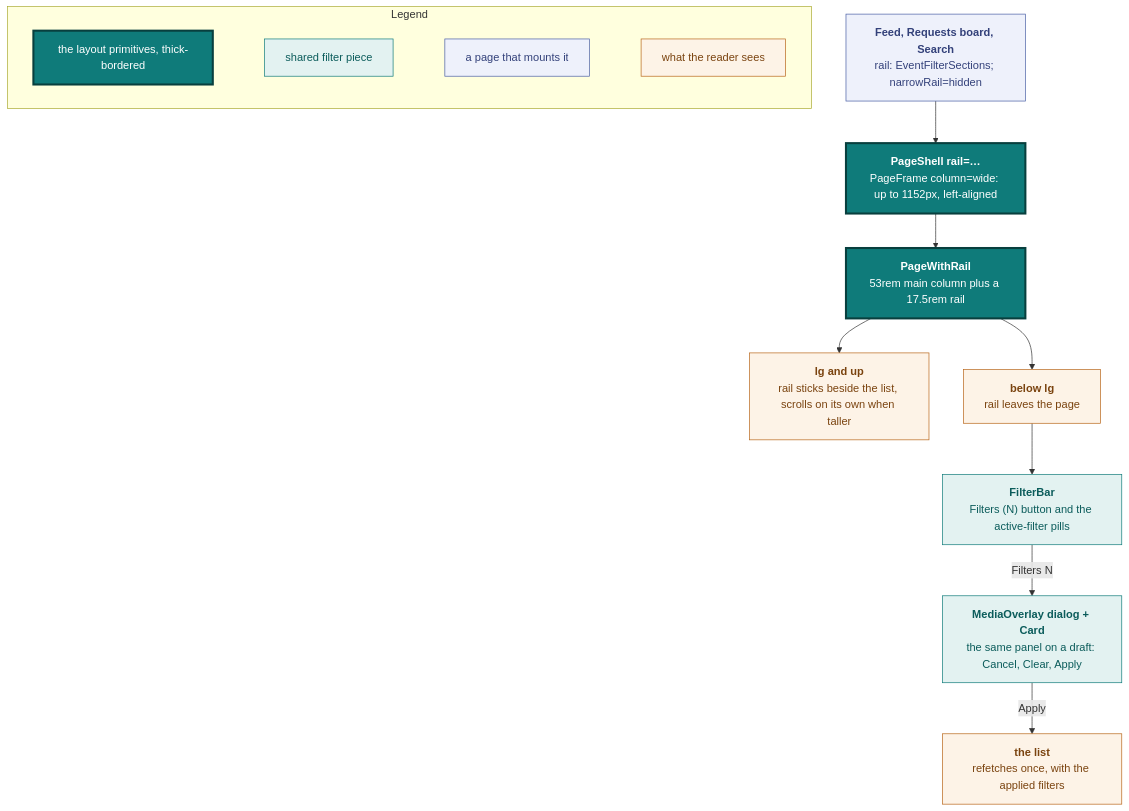
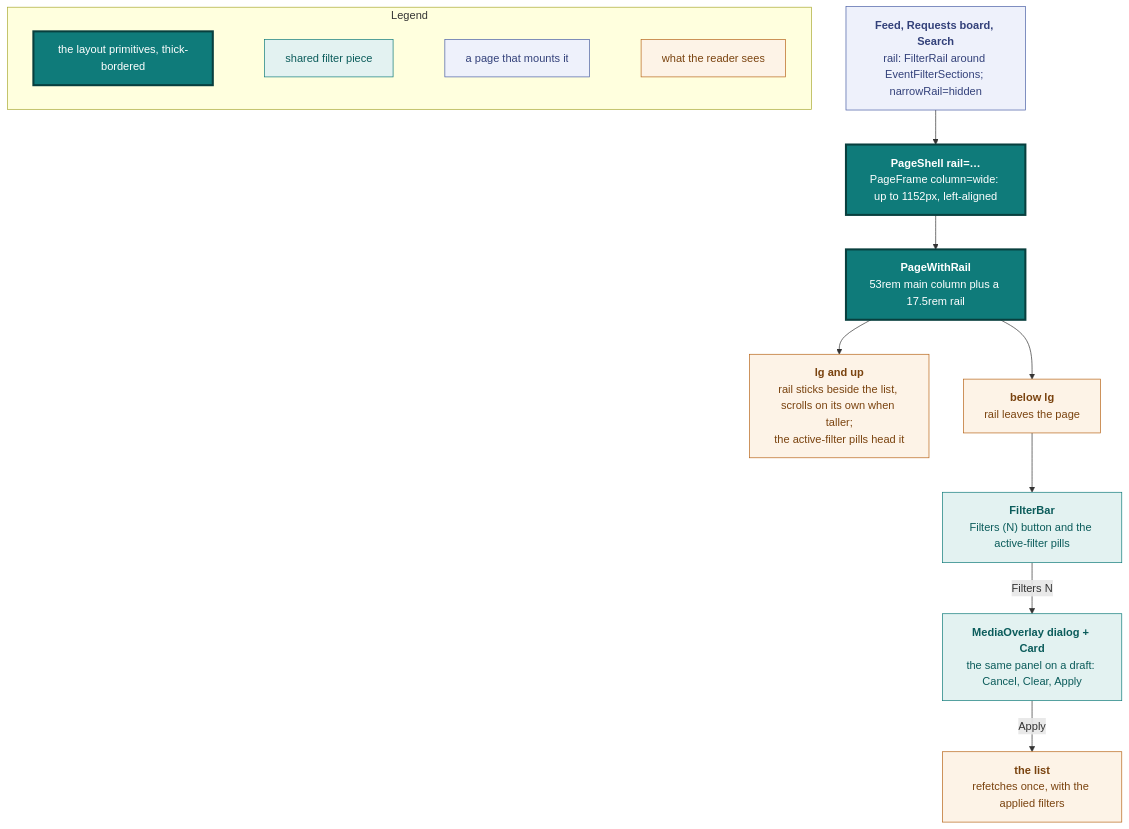
One commit to vidithq/vidit changed the fourth of 17 diagrams in docs/design.md. Above: the diagram before and after it, drawn with Mermaid. The commit also changed other lines of this file and 58 other files, not shown here.

````diff
--- a/docs/design.md
+++ b/docs/design.md
@@ -535,40 +529,41 @@
 ```mermaid
 flowchart TB
   classDef shared fill:#e3f2f1,stroke:#0f7b7a,color:#0b5c5b
   classDef core fill:#0f7b7a,stroke:#083f3e,stroke-width:3px,color:#ffffff
   classDef page fill:#eef1fb,stroke:#4a5fa5,color:#33417a
   classDef state fill:#fdf3e7,stroke:#b8661a,color:#7a430f
 
   subgraph legend [Legend]
     direction LR
     l1["`the layout primitives, thick-bordered`"]:::core
     l2["`shared filter piece`"]:::shared
     l3["`a page that mounts it`"]:::page
     l4["`what the reader sees`"]:::state
     l1 ~~~ l2 ~~~ l3 ~~~ l4
   end
 
   shell["`**PageShell rail=…**
   PageFrame column=wide: up to 1152px, left-aligned`"]:::core
   layout["`**PageWithRail**
   53rem main column plus a 17.5rem rail`"]:::core
   pages["`**Feed, Requests board, Search**
-  rail: EventFilterSections; narrowRail=hidden`"]:::page
+  rail: FilterRail around EventFilterSections; narrowRail=hidden`"]:::page
   wide["`**lg and up**
-  rail sticks beside the list, scrolls on its own when taller`"]:::state
+  rail sticks beside the list, scrolls on its own when taller;
+  the active-filter pills head it`"]:::state
   narrow["`**below lg**
   rail leaves the page`"]:::state
   bar["`**FilterBar**
   Filters (N) button and the active-filter pills`"]:::shared
   dialog["`**MediaOverlay dialog + Card**
   the same panel on a draft: Cancel, Clear, Apply`"]:::shared
   list["`**the list**
   refetches once, with the applied filters`"]:::state
 
   pages --> shell --> layout
   layout --> wide
   layout --> narrow
   narrow --> bar
   bar -->|Filters N| dialog
   dialog -->|Apply| list
 ```
````
